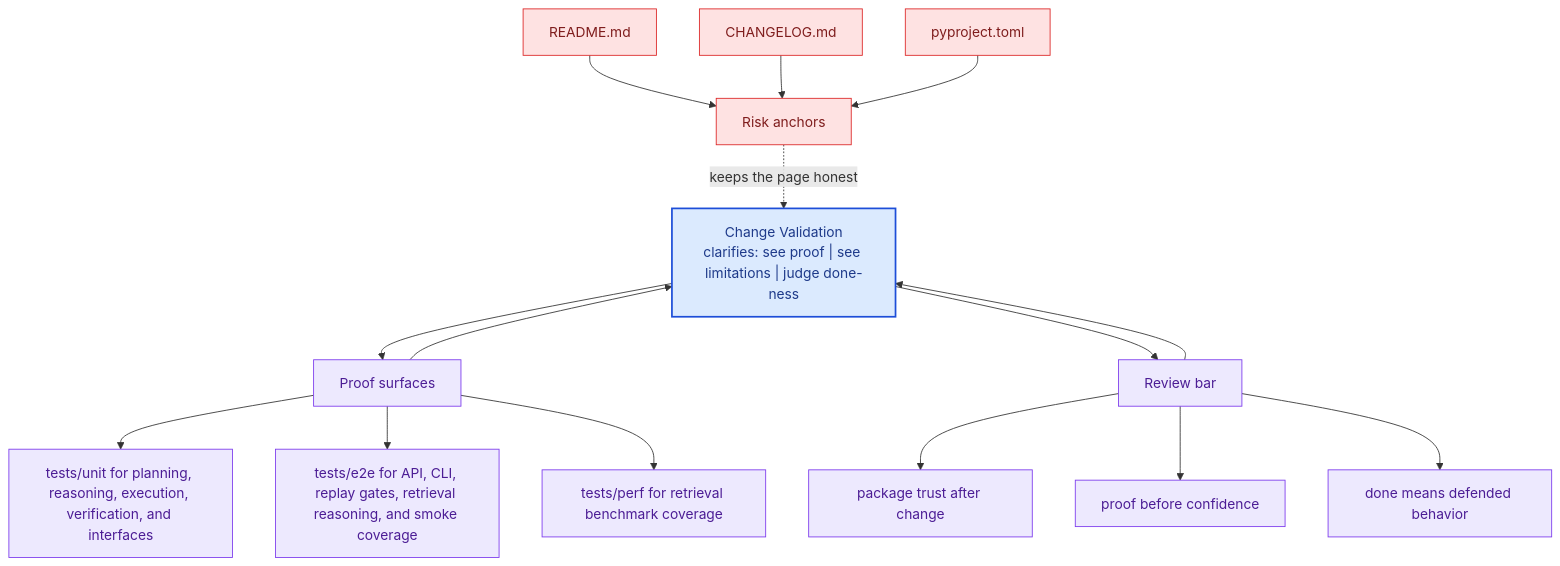
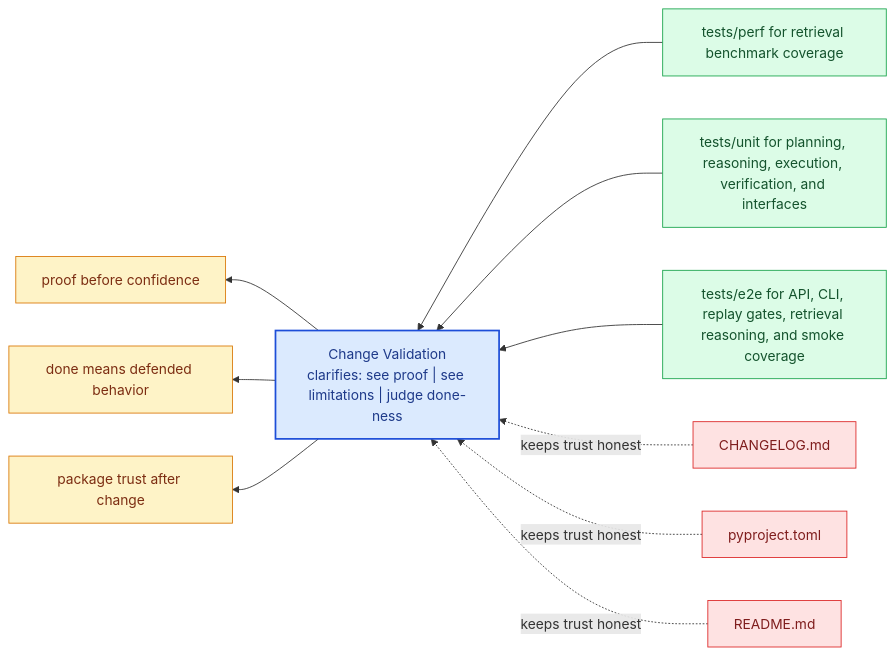
One commit to bijux/bijux-canon changed the diagram in docs/bijux-canon-reason/quality/change-validation.md. Above: the diagram before and after it, drawn with Mermaid. The commit also changed other lines of this file and 281 other files, not shown here.

Commit message:
docs(diagrams): replace repeated mermaid scaffolds with page-specific summaries

````diff
--- a/docs/bijux-canon-reason/quality/change-validation.md
+++ b/docs/bijux-canon-reason/quality/change-validation.md
@@ -66,41 +21,31 @@
 ```mermaid
-flowchart TB
-    promise["Change Validation<br/>clarifies: see proof | see limitations | judge done-ness"]
-    classDef promise fill:#dbeafe,stroke:#1d4ed8,color:#1e3a8a,stroke-width:2px;
-    classDef driver fill:#dcfce7,stroke:#16a34a,color:#14532d;
-    classDef constraint fill:#fee2e2,stroke:#dc2626,color:#7f1d1d;
-    classDef ground fill:#ede9fe,stroke:#7c3aed,color:#4c1d95;
-    focus1["Proof surfaces"]
-    focus1 --> promise
-    promise --> focus1
-    focus1_1["tests/unit for planning, reasoning, execution, verification, and interfaces"]
-    focus1 --> focus1_1
-    focus1_2["tests/e2e for API, CLI, replay gates, retrieval reasoning, and smoke coverage"]
-    focus1 --> focus1_2
-    focus1_3["tests/perf for retrieval benchmark coverage"]
-    focus1 --> focus1_3
-    class focus1 ground;
-    class focus1_1,focus1_2,focus1_3 ground;
-    focus2["Risk anchors"]
-    focus2 -.keeps the page honest.-> promise
-    focus2_1["README.md"]
-    focus2_1 --> focus2
-    focus2_2["CHANGELOG.md"]
-    focus2_2 --> focus2
-    focus2_3["pyproject.toml"]
-    focus2_3 --> focus2
-    class focus2 constraint;
-    class focus2_1,focus2_2,focus2_3 constraint;
-    focus3["Review bar"]
-    focus3 --> promise
-    promise --> focus3
-    focus3_1["package trust after change"]
-    focus3 --> focus3_1
-    focus3_2["proof before confidence"]
-    focus3 --> focus3_2
-    focus3_3["done means defended behavior"]
-    focus3 --> focus3_3
-    class focus3 ground;
-    class focus3_1,focus3_2,focus3_3 ground;
-    class promise promise;
+flowchart RL
+    page["Change Validation<br/>clarifies: see proof | see limitations | judge done-ness"]
+    classDef page fill:#dbeafe,stroke:#1d4ed8,color:#1e3a8a,stroke-width:2px;
+    classDef positive fill:#dcfce7,stroke:#16a34a,color:#14532d;
+    classDef caution fill:#fee2e2,stroke:#dc2626,color:#7f1d1d;
+    classDef anchor fill:#ede9fe,stroke:#7c3aed,color:#4c1d95;
+    classDef action fill:#fef3c7,stroke:#d97706,color:#7c2d12;
+    proof1["tests/perf for retrieval benchmark coverage"]
+    proof1 --> page
+    proof2["tests/unit for planning, reasoning, execution, verification, and interfaces"]
+    proof2 --> page
+    proof3["tests/e2e for API, CLI, replay gates, retrieval reasoning, and smoke coverage"]
+    proof3 --> page
+    risk1["CHANGELOG.md"]
+    risk1 -.keeps trust honest.-> page
+    risk2["pyproject.toml"]
+    risk2 -.keeps trust honest.-> page
+    risk3["README.md"]
+    risk3 -.keeps trust honest.-> page
+    bar1["proof before confidence"]
+    page --> bar1
+    bar2["done means defended behavior"]
+    page --> bar2
+    bar3["package trust after change"]
+    page --> bar3
+    class page page;
+    class proof1,proof2,proof3 positive;
+    class risk1,risk2,risk3 caution;
+    class bar1,bar2,bar3 action;
 ```
````
